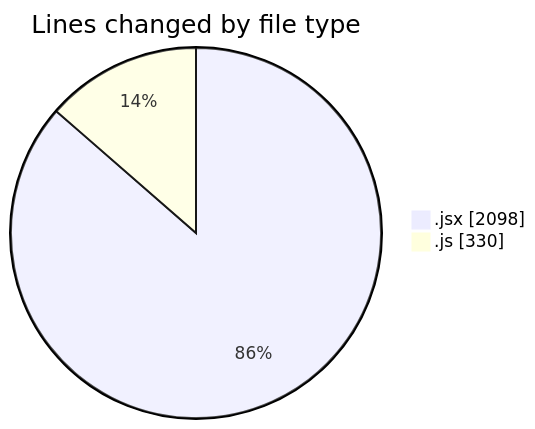
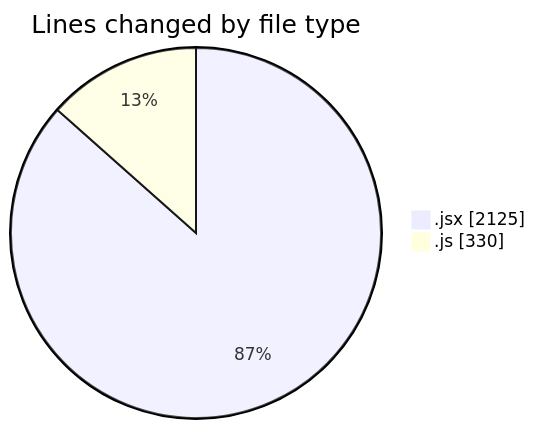
The first of 2 diagrams in 2025-07-30/nxtqube_webapp/README.md (nxtqubesakshisongat/code-tracking), drawn with Mermaid before and after one commit. The commit also changed other lines of this file and 1 other file, not shown here.

````diff
--- a/2025-07-30/nxtqube_webapp/README.md
+++ b/2025-07-30/nxtqube_webapp/README.md
@@ -24,6 +24,6 @@
 ```mermaid
 pie showData
 title Lines changed by file type
-".jsx" : 2098
+".jsx" : 2125
 ".js" : 330
 ```
````
